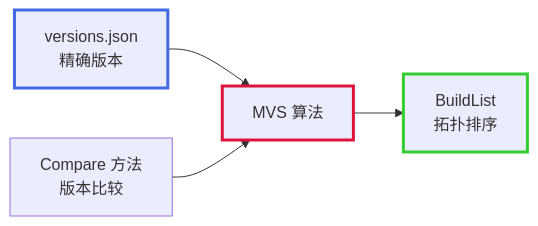
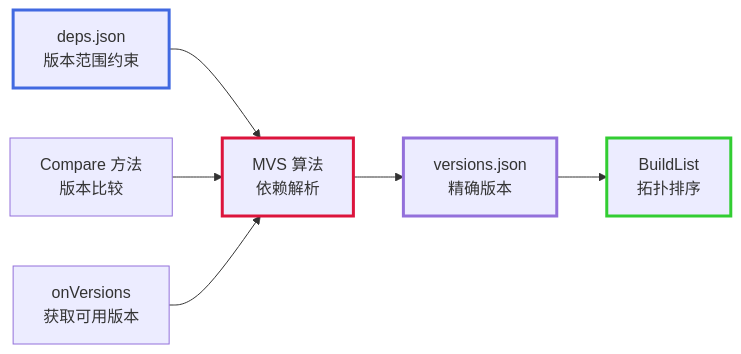
One commit to goplus/llar changed the second of 12 diagrams in docs/mvs-algorithm-design.md. Above: the diagram before and after it, drawn with Mermaid. The commit also changed other lines of this file and 3 other files, not shown here.

````diff
--- a/docs/mvs-algorithm-design.md
+++ b/docs/mvs-algorithm-design.md
@@ -61,10 +61,13 @@
 ```mermaid
 graph LR
-A["versions.json<br/>精确版本"] --> B["MVS 算法"]
+A["deps.json<br/>版本范围约束"] --> B["MVS 算法<br/>依赖解析"]
 C["Compare 方法<br/>版本比较"] --> B
-B --> D["BuildList<br/>拓扑排序"]
+D["onVersions<br/>获取可用版本"] --> B
+B --> E["versions.json<br/>精确版本"]
+E --> F["BuildList<br/>拓扑排序"]
 
 style A stroke:#4169E1,stroke-width:3px
 style B stroke:#DC143C,stroke-width:3px
-style D stroke:#32CD32,stroke-width:3px
+style E stroke:#9370DB,stroke-width:3px
+style F stroke:#32CD32,stroke-width:3px
 ```
````
